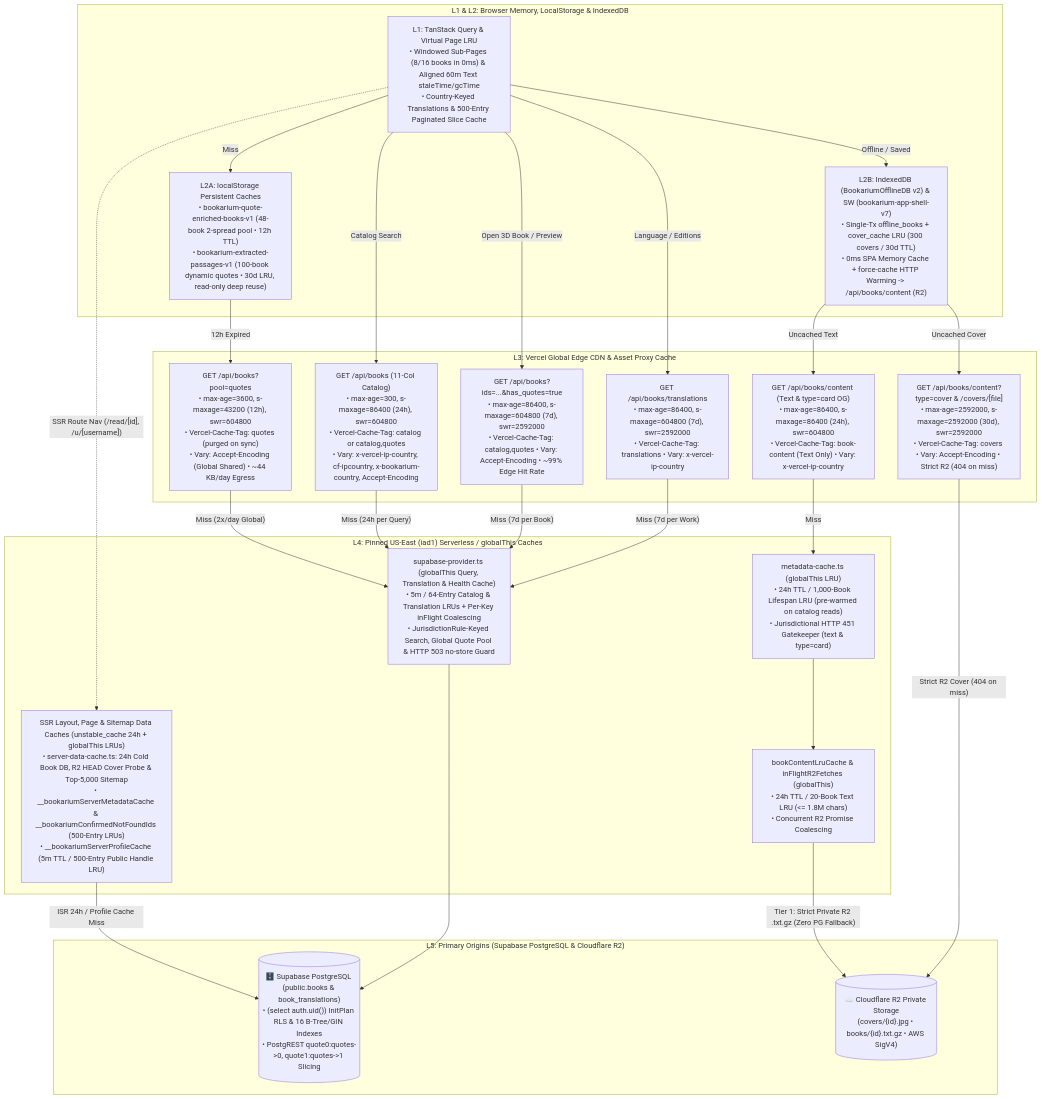
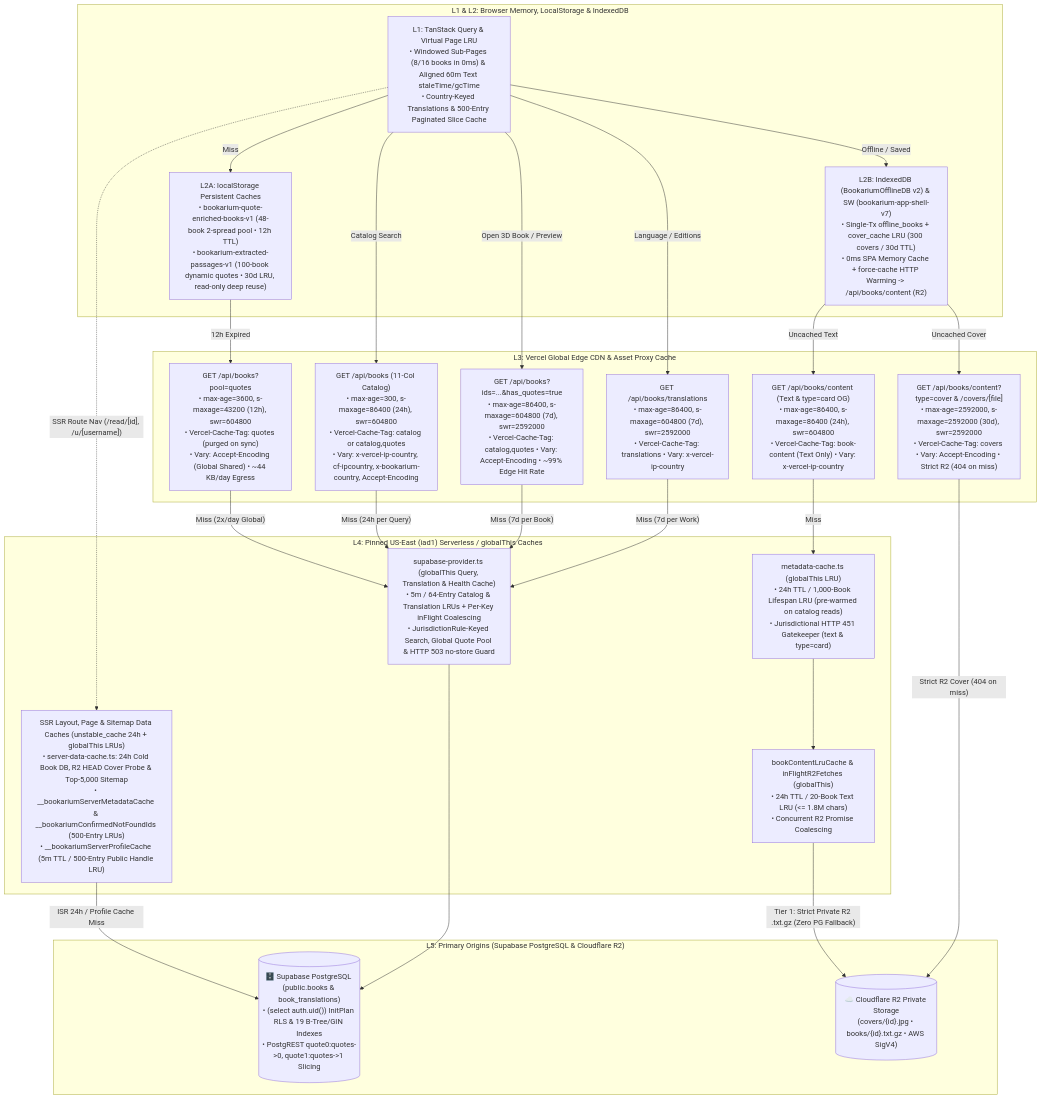
The fourth of 4 diagrams in docs/architecture/integrations-failure-and-ops.md (calin-m/Bookarium), drawn with Mermaid before and after one commit. The commit also changed other lines of this file and 28 other files, not shown here.

First line of the commit message:
perf(db,fellowship): harden RLS/indexes, normalize fellowship identity & add Rule 10 scalability governance (v2.9.93)

````diff
--- a/docs/architecture/integrations-failure-and-ops.md
+++ b/docs/architecture/integrations-failure-and-ops.md
@@ -207,49 +207,49 @@
 ```mermaid
 flowchart TD
     subgraph L1_L2_Client ["L1 & L2: Browser Memory, LocalStorage & IndexedDB"]
         L1Query["L1: TanStack Query & Virtual Page LRU\n• Windowed Sub-Pages (8/16 books in 0ms) & Aligned 60m Text staleTime/gcTime\n• Country-Keyed Translations & 500-Entry Paginated Slice Cache"]
         L2Local["L2A: localStorage Persistent Caches\n• bookarium-quote-enriched-books-v1 (48-book 2-spread pool • 12h TTL)\n• bookarium-extracted-passages-v1 (100-book dynamic quotes • 30d LRU, read-only deep reuse)"]
         L2IDB["L2B: IndexedDB (BookariumOfflineDB v2) & SW (bookarium-app-shell-v7)\n• Single-Tx offline_books + cover_cache LRU (300 covers / 30d TTL)\n• 0ms SPA Memory Cache + force-cache HTTP Warming -> /api/books/content (R2)"]
     end
 
     subgraph L3_VercelEdge ["L3: Vercel Global Edge CDN & Asset Proxy Cache"]
         EdgeQuotePool["GET /api/books?pool=quotes\n• max-age=3600, s-maxage=43200 (12h), swr=604800\n• Vercel-Cache-Tag: quotes (purged on sync)\n• Vary: Accept-Encoding (Global Shared) • ~44 KB/day Egress"]
         EdgeCatalog["GET /api/books (11-Col Catalog)\n• max-age=300, s-maxage=86400 (24h), swr=604800\n• Vercel-Cache-Tag: catalog or catalog,quotes\n• Vary: x-vercel-ip-country, cf-ipcountry, x-bookarium-country, Accept-Encoding"]
         EdgeDeepQuotes["GET /api/books?ids=...&has_quotes=true\n• max-age=86400, s-maxage=604800 (7d), swr=2592000\n• Vercel-Cache-Tag: catalog,quotes • Vary: Accept-Encoding • ~99% Edge Hit Rate"]
         EdgeTranslations["GET /api/books/translations\n• max-age=86400, s-maxage=604800 (7d), swr=2592000\n• Vercel-Cache-Tag: translations • Vary: x-vercel-ip-country"]
         EdgeTextCard["GET /api/books/content (Text & type=card OG)\n• max-age=86400, s-maxage=86400 (24h), swr=604800\n• Vercel-Cache-Tag: book-content (Text Only) • Vary: x-vercel-ip-country"]
         EdgeCoverProxy["GET /api/books/content?type=cover & /covers/[file]\n• max-age=2592000, s-maxage=2592000 (30d), swr=2592000\n• Vercel-Cache-Tag: covers • Vary: Accept-Encoding • Strict R2 (404 on miss)"]
     end
 
     subgraph L4_Serverless ["L4: Pinned US-East (iad1) Serverless / globalThis Caches"]
         MetaLRU["metadata-cache.ts (globalThis LRU)\n• 24h TTL / 1,000-Book Lifespan LRU (pre-warmed on catalog reads)\n• Jurisdictional HTTP 451 Gatekeeper (text & type=card)"]
         TextLRU["bookContentLruCache & inFlightR2Fetches (globalThis)\n• 24h TTL / 20-Book Text LRU (<= 1.8M chars)\n• Concurrent R2 Promise Coalescing"]
         HealthCache["supabase-provider.ts (globalThis Query, Translation & Health Cache)\n• 5m / 64-Entry Catalog & Translation LRUs + Per-Key inFlight Coalescing\n• JurisdictionRule-Keyed Search, Global Quote Pool & HTTP 503 no-store Guard"]
         SsrRouteCaches["SSR Layout, Page & Sitemap Data Caches (unstable_cache 24h + globalThis LRUs)\n• server-data-cache.ts: 24h Cold Book DB, R2 HEAD Cover Probe & Top-5,000 Sitemap\n• __bookariumServerMetadataCache & __bookariumConfirmedNotFoundIds (500-Entry LRUs)\n• __bookariumServerProfileCache (5m TTL / 500-Entry Public Handle LRU)"]
     end
 
     subgraph L5_Origins ["L5: Primary Origins (Supabase PostgreSQL & Cloudflare R2)"]
-        SupaOrigin[("🗄️ Supabase PostgreSQL (public.books & book_translations)\n• (select auth.uid()) InitPlan RLS & 16 B-Tree/GIN Indexes\n• PostgREST quote0:quotes->0, quote1:quotes->1 Slicing")]
+        SupaOrigin[("🗄️ Supabase PostgreSQL (public.books & book_translations)\n• (select auth.uid()) InitPlan RLS & 19 B-Tree/GIN Indexes\n• PostgREST quote0:quotes->0, quote1:quotes->1 Slicing")]
         R2Origin[("☁️ Cloudflare R2 Private Storage\n(covers/{id}.jpg • books/{id}.txt.gz • AWS SigV4)")]
     end
 
     L1Query -->|"Miss"| L2Local
     L1Query -->|"Offline / Saved"| L2IDB
     L2Local -->|"12h Expired"| EdgeQuotePool
     L1Query -->|"Catalog Search"| EdgeCatalog
     L1Query -->|"Open 3D Book / Preview"| EdgeDeepQuotes
     L1Query -->|"Language / Editions"| EdgeTranslations
     L1Query -.->|"SSR Route Nav (/read/[id], /u/[username])"| SsrRouteCaches
     SsrRouteCaches -->|"ISR 24h / Profile Cache Miss"| SupaOrigin
     L2IDB -->|"Uncached Text"| EdgeTextCard
     L2IDB -->|"Uncached Cover"| EdgeCoverProxy
     EdgeQuotePool -->|"Miss (2x/day Global)"| HealthCache
     EdgeCatalog -->|"Miss (24h per Query)"| HealthCache
     EdgeDeepQuotes -->|"Miss (7d per Book)"| HealthCache
     EdgeTranslations -->|"Miss (7d per Work)"| HealthCache
     HealthCache --> SupaOrigin
     EdgeTextCard -->|"Miss"| MetaLRU
     MetaLRU --> TextLRU
     TextLRU -->|"Tier 1: Strict Private R2 .txt.gz (Zero PG Fallback)"| R2Origin
     EdgeCoverProxy -->|"Strict R2 Cover (404 on miss)"| R2Origin
 ```
````
